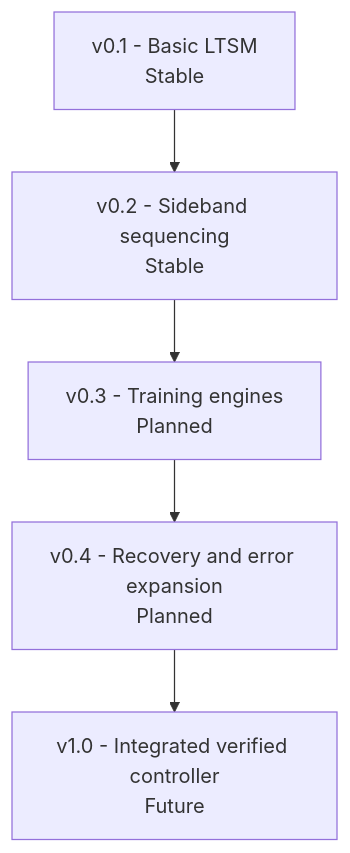
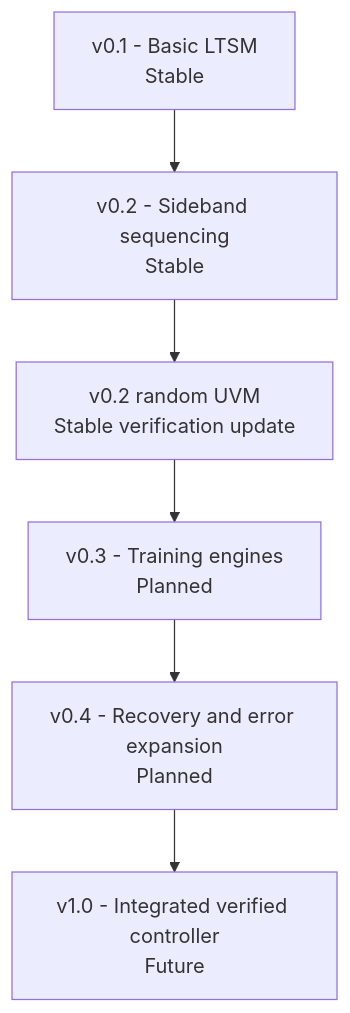
The diagram in ROADMAP.md (Varadain/ucie-ltsm), drawn with Mermaid before and after one commit. The commit also changed other lines of this file and 16 other files, not shown here.

````diff
--- a/ROADMAP.md
+++ b/ROADMAP.md
@@ -5,7 +5,8 @@
 ```mermaid
 flowchart TD
     V01["v0.1 - Basic LTSM<br/>Stable"] --> V02["v0.2 - Sideband sequencing<br/>Stable"]
-    V02 --> V03["v0.3 - Training engines<br/>Planned"]
+    V02 --> V02R["v0.2 random UVM<br/>Stable verification update"]
+    V02R --> V03["v0.3 - Training engines<br/>Planned"]
     V03 --> V04["v0.4 - Recovery and error expansion<br/>Planned"]
     V04 --> V10["v1.0 - Integrated verified controller<br/>Future"]
 ```
````
